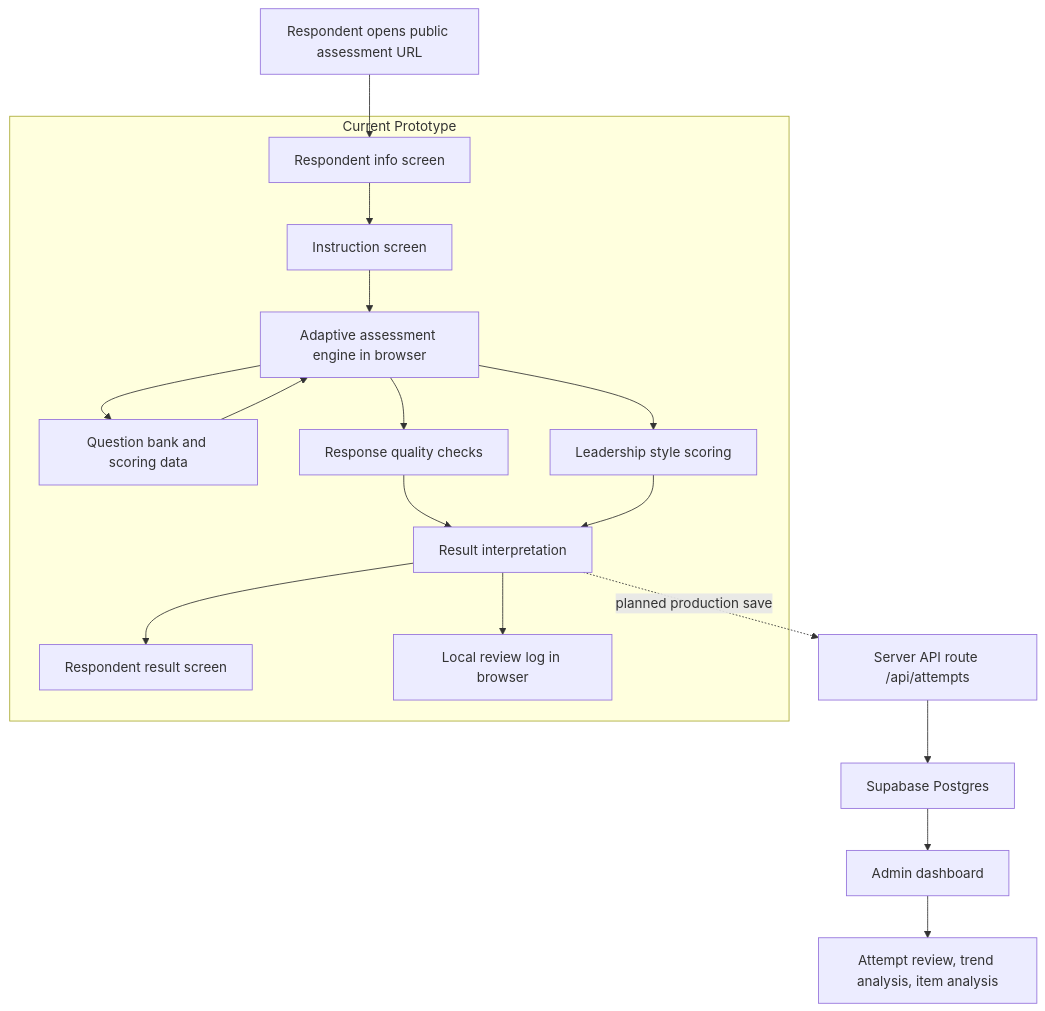
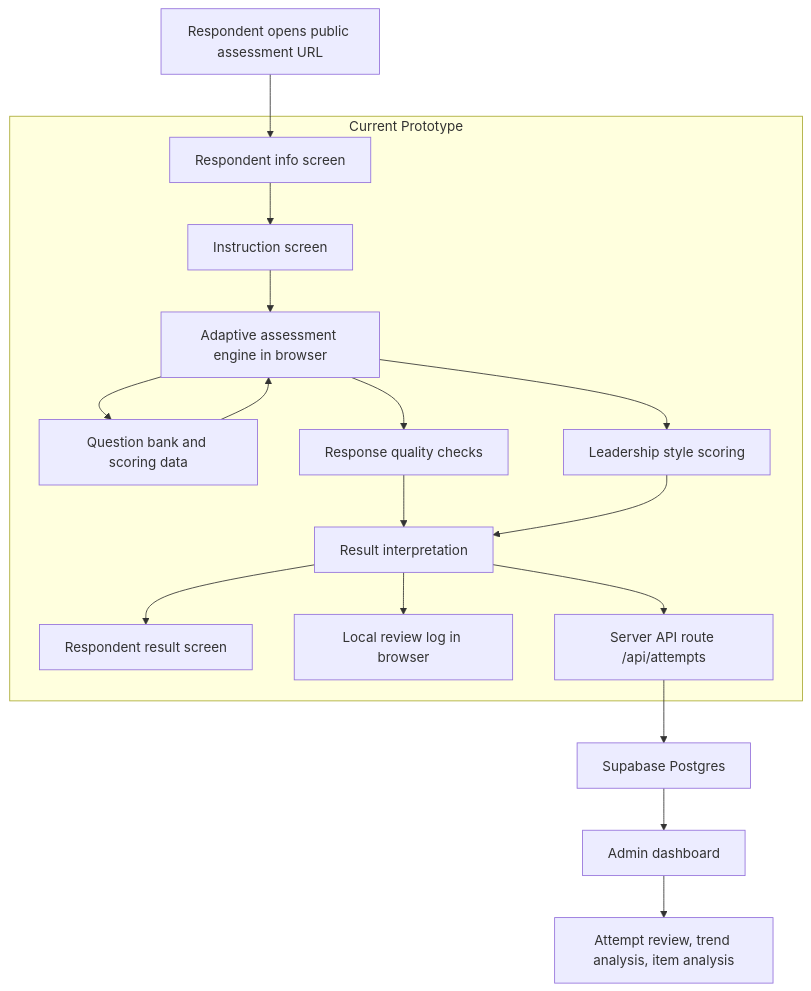
Before and after one commit to campojo/2.0_Leadership: the first of 3 diagrams in ARCHITECTURE_OVERVIEW.md, drawn with Mermaid. The commit also changed other lines of this file and 8 other files, not shown here.

````diff
--- a/ARCHITECTURE_OVERVIEW.md
+++ b/ARCHITECTURE_OVERVIEW.md
@@ -42,31 +44,32 @@
 ```mermaid
 flowchart TD
   A["Respondent opens public assessment URL"] --> N["Respondent info screen"]
   N --> B["Instruction screen"]
   B --> C["Adaptive assessment engine in browser"]
   C --> D["Question bank and scoring data"]
   D --> C
   C --> E["Response quality checks"]
   C --> F["Leadership style scoring"]
   E --> G["Result interpretation"]
   F --> G
   G --> H["Respondent result screen"]
   G --> I["Local review log in browser"]
+  G --> J["Server API route /api/attempts"]
+  J --> K["Supabase Postgres"]
 
   subgraph CurrentPrototype["Current Prototype"]
     B
     N
     C
     D
     E
     F
     G
     H
     I
+    J
   end
 
-  G -. "planned production save" .-> J["Server API route /api/attempts"]
-  J --> K["Supabase Postgres"]
   K --> L["Admin dashboard"]
   L --> M["Attempt review, trend analysis, item analysis"]
 ```
````
